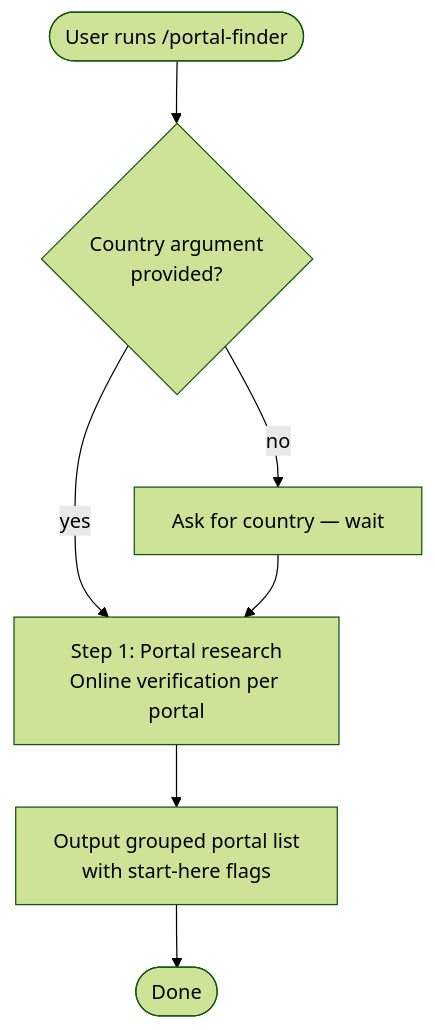
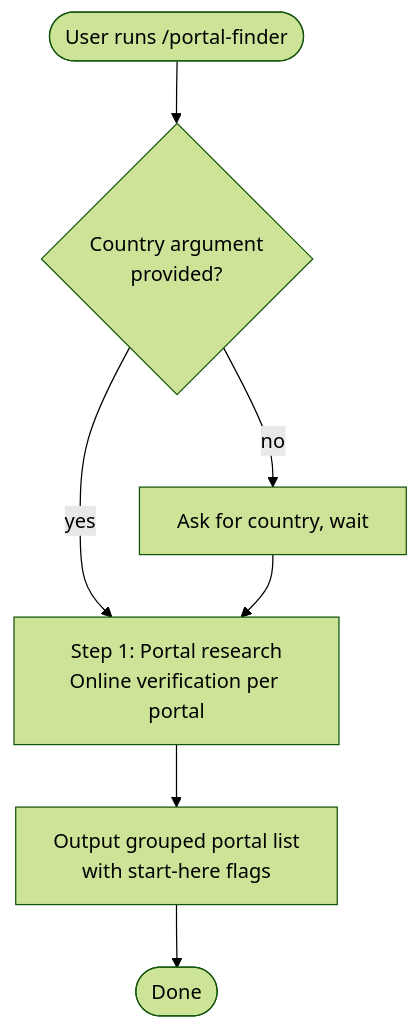
Before and after one commit to myowinthein/agent-compass: the diagram in docs/commands/portal-finder.md, drawn with Mermaid (forest theme). The commit also changed other lines of this file and 19 other files, not shown here.

````diff
--- a/docs/commands/portal-finder.md
+++ b/docs/commands/portal-finder.md
@@ -23,10 +23,10 @@
 ```mermaid
 flowchart TD
   Start([User runs /portal-finder]) --> CountryCheck{Country argument\nprovided?}
   CountryCheck -->|yes| S1
-  CountryCheck -->|no| AskCountry[Ask for country — wait]
+  CountryCheck -->|no| AskCountry[Ask for country, wait]
   AskCountry --> S1
 
   S1[Step 1: Portal research\nOnline verification per portal] --> Output[Output grouped portal list\nwith start-here flags]
   Output --> Done([Done])
 ```
````
